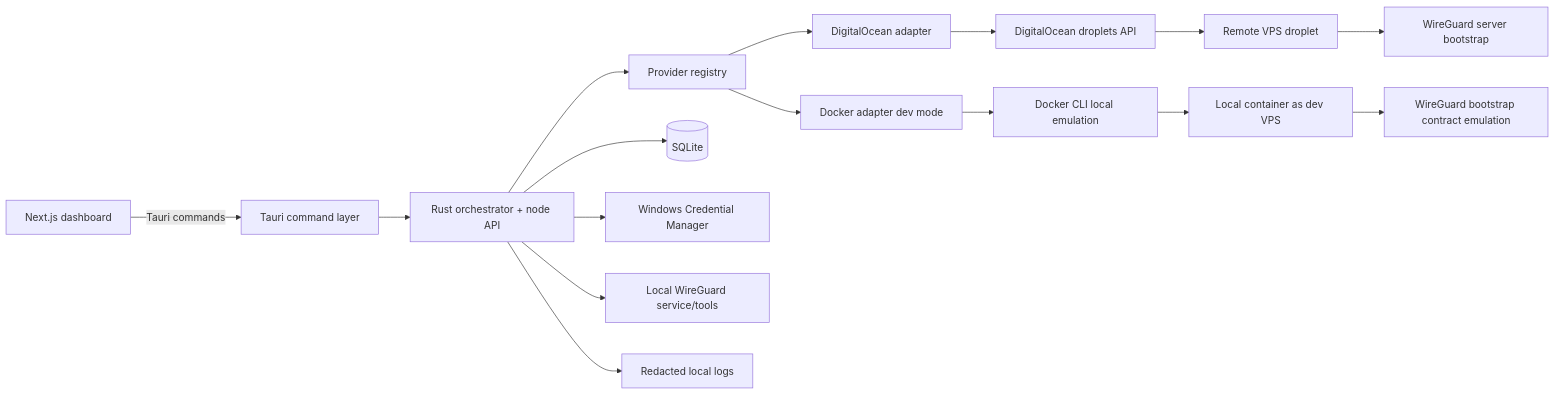
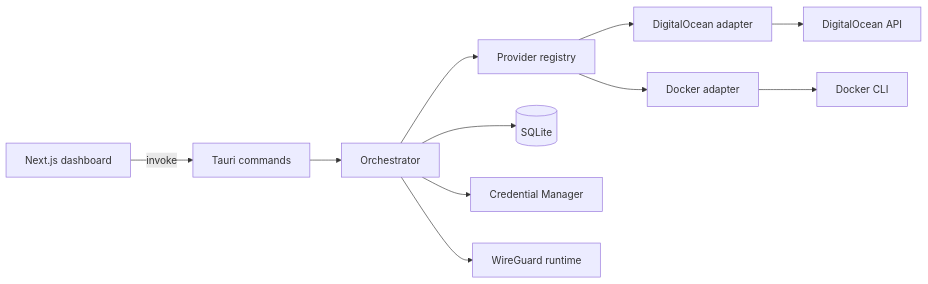
The diagram in docs/ARCHITECTURE.md (GoatPxl/blink-vpn), drawn with Mermaid before and after one commit. The commit also changed other lines of this file and 30 other files, not shown here.

````diff
--- a/docs/ARCHITECTURE.md
+++ b/docs/ARCHITECTURE.md
@@ -33,18 +22,13 @@
 ```mermaid
 flowchart LR
-  UI[Next.js dashboard] -->|Tauri commands| CMD[Tauri command layer]
-  CMD --> ORCH[Rust orchestrator + node API]
+  UI[Next.js dashboard] -->|invoke| CMD[Tauri commands]
+  CMD --> ORCH[Orchestrator]
   ORCH --> REG[Provider registry]
   REG --> DO[DigitalOcean adapter]
-  REG --> DKR[Docker adapter dev mode]
+  REG --> DKR[Docker adapter]
   ORCH --> DB[(SQLite)]
-  ORCH --> SEC[Windows Credential Manager]
-  DO --> DOAPI[DigitalOcean droplets API]
-  DKR --> DKRAPI[Docker CLI local emulation]
-  ORCH --> WG[Local WireGuard service/tools]
-  ORCH --> LOG[Redacted local logs]
-  DOAPI --> VM[Remote VPS droplet]
-  DKRAPI --> VMLOCAL[Local container as dev VPS]
-  VM --> WGREMOTE[WireGuard server bootstrap]
-  VMLOCAL --> WGREMOTEDEV[WireGuard bootstrap contract emulation]
+  ORCH --> SEC[Credential Manager]
+  ORCH --> WG[WireGuard runtime]
+  DO --> DOAPI[DigitalOcean API]
+  DKR --> DKRCLI[Docker CLI]
 ```
````
